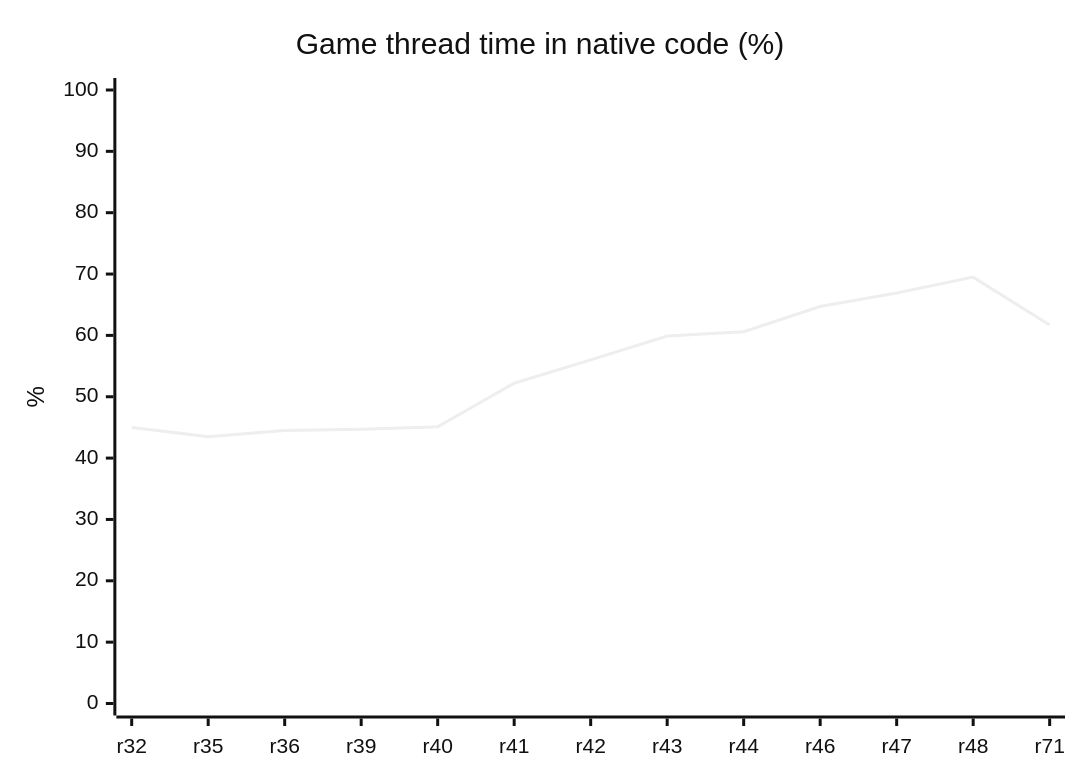
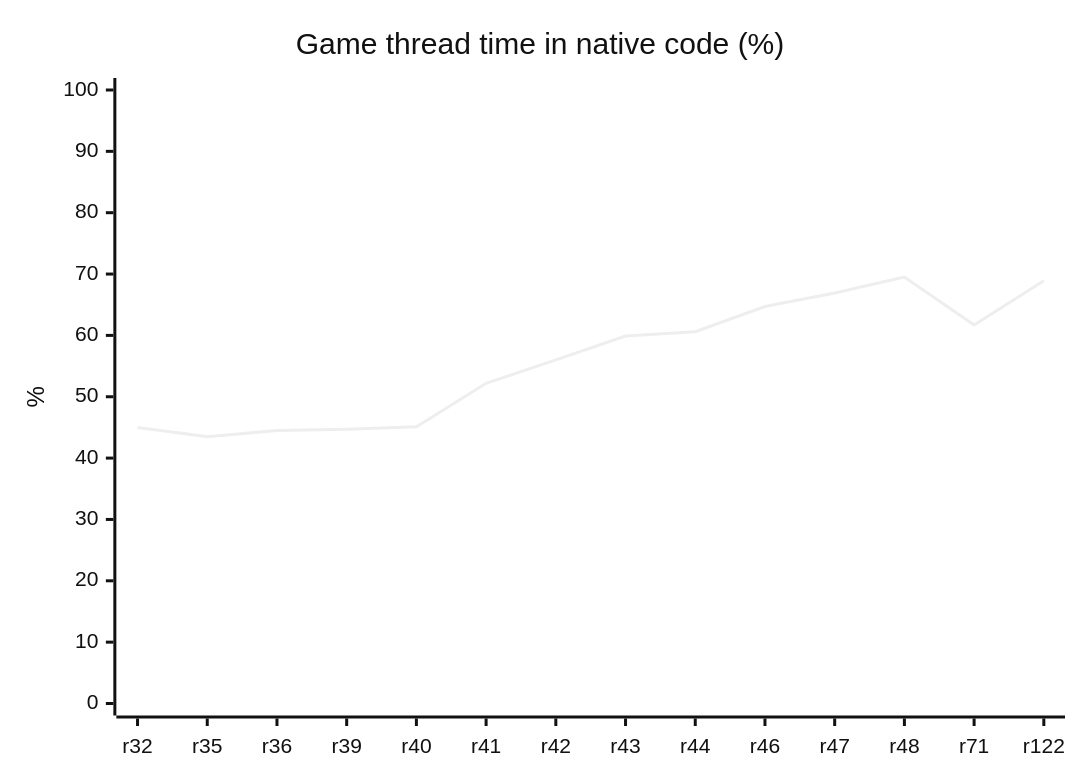
One commit to HenryKun55/celosia changed the diagram in README.md. Above: the diagram before and after it, drawn with Mermaid (neutral theme). The commit also changed other lines of this file and 6 other files, not shown here.

````diff
--- a/README.md
+++ b/README.md
@@ -265,7 +266,7 @@
 ```mermaid
 xychart-beta
     title "Game thread time in native code (%)"
-    x-axis ["r32", "r35", "r36", "r39", "r40", "r41", "r42", "r43", "r44", "r46", "r47", "r48", "r71"]
+    x-axis ["r32", "r35", "r36", "r39", "r40", "r41", "r42", "r43", "r44", "r46", "r47", "r48", "r71", "r122"]
     y-axis "%" 0 --> 100
-    line [45.0, 43.5, 44.5, 44.7, 45.1, 52.2, 56.0, 59.9, 60.6, 64.7, 66.9, 69.5, 61.7]
+    line [45.0, 43.5, 44.5, 44.7, 45.1, 52.2, 56.0, 59.9, 60.6, 64.7, 66.9, 69.5, 61.7, 68.9]
 ```
````
